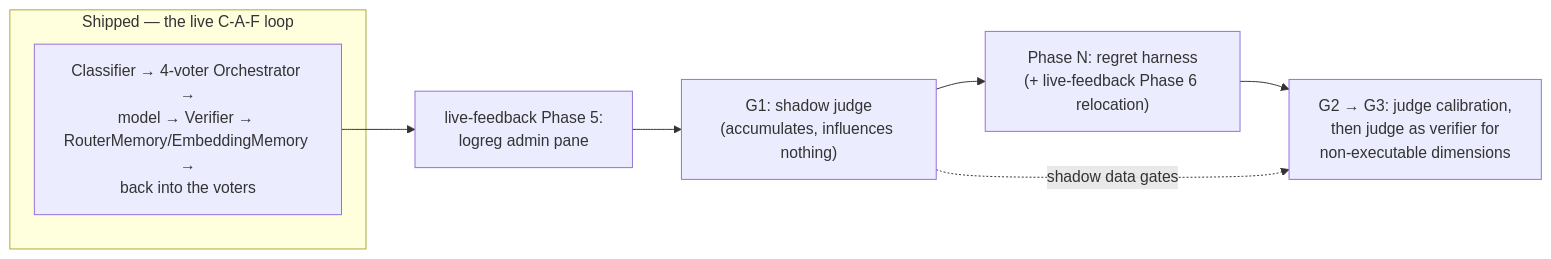
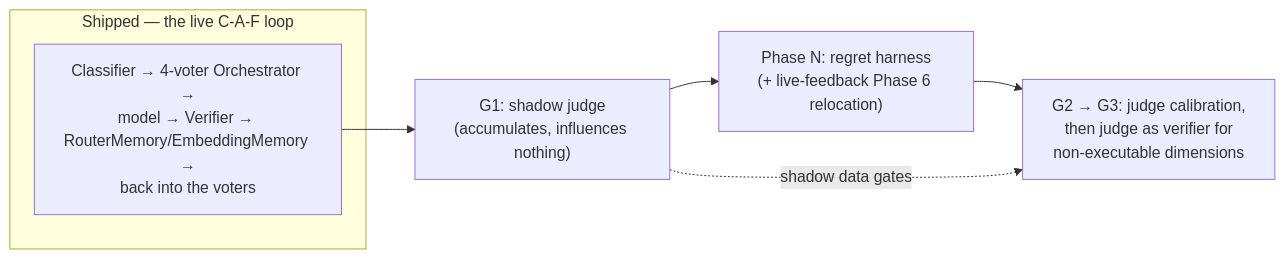
One commit to davidpizon/TotallyHot-ArcRouter changed the diagram in src/PLAN.md. Above: the diagram before and after it, drawn with Mermaid. The commit also changed other lines of this file and 15 other files, not shown here.

First line of the commit message:
Phase 5: Router Model admin surface for the logreg voter

````diff
--- a/src/PLAN.md
+++ b/src/PLAN.md
@@ -49,14 +49,13 @@
 ```mermaid
 flowchart LR
     subgraph shipped["Shipped — the live C-A-F loop"]
         LOOP["Classifier → 4-voter Orchestrator →<br/>model → Verifier → RouterMemory/EmbeddingMemory →<br/>back into the voters"]
     end
 
-    P5["live-feedback Phase 5:<br/>logreg admin pane"]
     G1["G1: shadow judge<br/>(accumulates, influences nothing)"]
     N["Phase N: regret harness<br/>(+ live-feedback Phase 6 relocation)"]
     G23["G2 → G3: judge calibration,<br/>then judge as verifier for<br/>non-executable dimensions"]
 
-    LOOP --> P5 --> G1 --> N --> G23
+    LOOP --> G1 --> N --> G23
     G1 -.->|"shadow data gates"| G23
 ```
````
